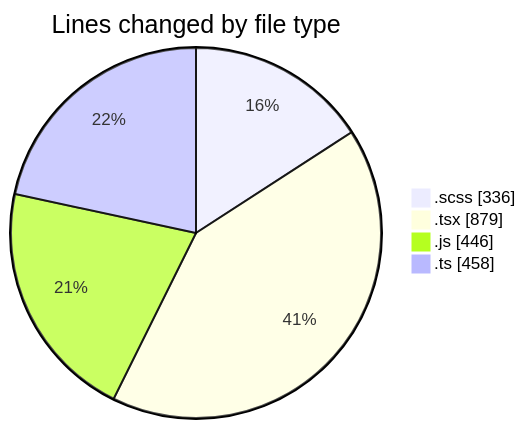
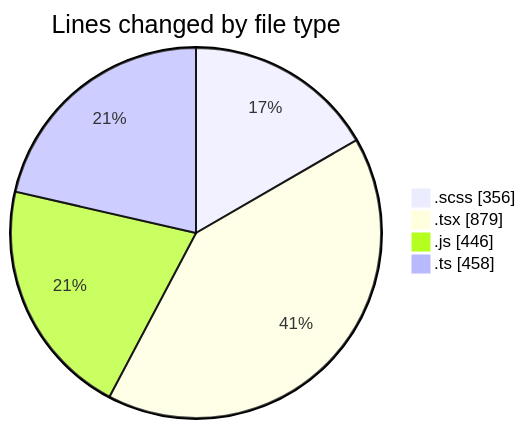
One commit to momahboobian/code-tracking changed the first of 2 diagrams in 2025-03-14/cda/README.md. Above: the diagram before and after it, drawn with Mermaid. The commit also changed other lines of this file and 1 other file, not shown here.

````diff
--- a/2025-03-14/cda/README.md
+++ b/2025-03-14/cda/README.md
@@ -34,8 +34,8 @@
 ```mermaid
 pie showData
 title Lines changed by file type
-".scss" : 336
+".scss" : 356
 ".tsx" : 879
 ".js" : 446
 ".ts" : 458
 ```
````
